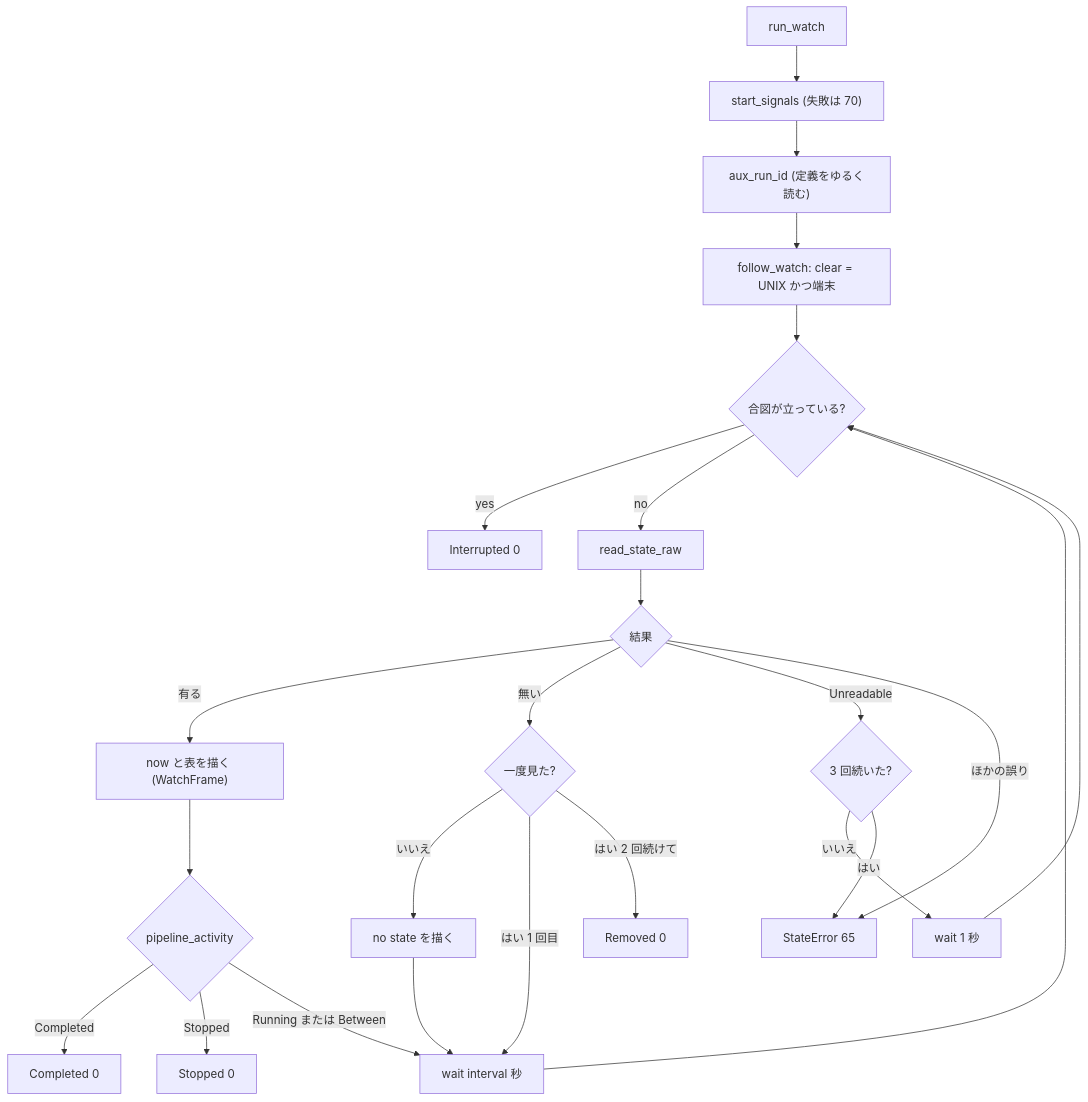
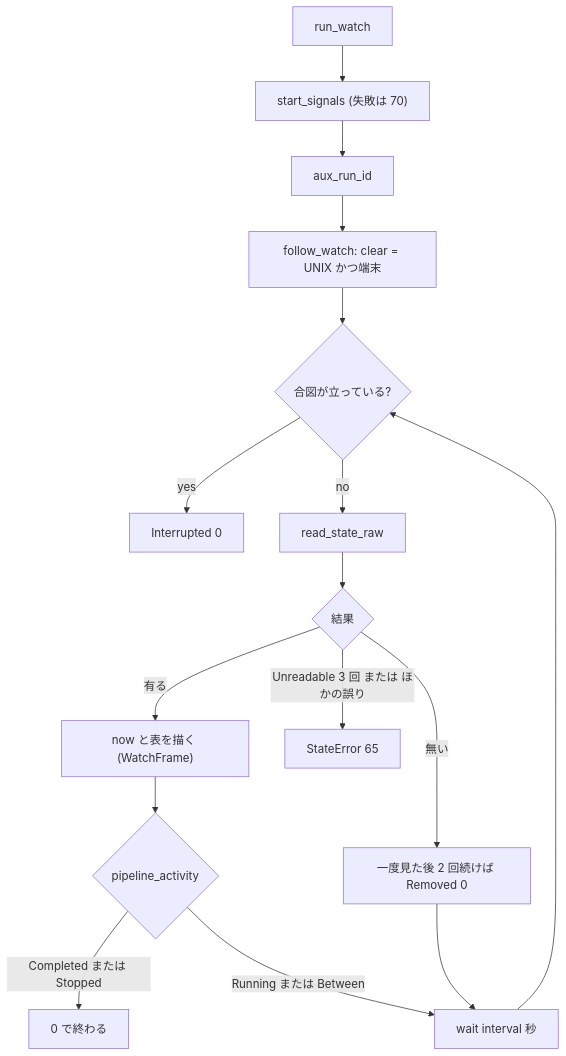
Before and after one commit to agwlvssainokuni/rust-job-conductor: the sixth of 7 diagrams in aidlc/spaces/default/codekb/rust-job-conductor/architecture.md, drawn with Mermaid. The commit also changed other lines of this file and 15 other files, not shown here.

````diff
--- a/aidlc/spaces/default/codekb/rust-job-conductor/architecture.md
+++ b/aidlc/spaces/default/codekb/rust-job-conductor/architecture.md
@@ -156,24 +202,18 @@
 ```mermaid
 flowchart TD
     a["run_watch"] --> b["start_signals (失敗は 70)"]
-    b --> c["aux_run_id (定義をゆるく読む)"]
+    b --> c["aux_run_id"]
     c --> d["follow_watch: clear = UNIX かつ端末"]
     d --> e{"合図が立っている?"}
     e -- yes --> z0["Interrupted 0"]
     e -- no --> f["read_state_raw"]
     f --> g{"結果"}
     g -- "有る" --> h["now と表を描く (WatchFrame)"]
     h --> i{"pipeline_activity"}
-    i -- "Completed" --> z1["Completed 0"]
-    i -- "Stopped" --> z2["Stopped 0"]
+    i -- "Completed または Stopped" --> z1["0 で終わる"]
     i -- "Running または Between" --> w["wait interval 秒"]
-    g -- "無い" --> j{"一度見た?"}
-    j -- "いいえ" --> k["no state を描く"] --> w
-    j -- "はい 1 回目" --> w
-    j -- "はい 2 回続けて" --> z3["Removed 0"]
-    g -- "Unreadable" --> l{"3 回続いた?"}
-    l -- "いいえ" --> w1["wait 1 秒"] --> e
-    l -- "はい" --> z4["StateError 65"]
-    g -- "ほかの誤り" --> z4
+    g -- "無い" --> j["一度見た後 2 回続けば Removed 0"]
+    j --> w
+    g -- "Unreadable 3 回 または ほかの誤り" --> z4["StateError 65"]
     w --> e
 ```
````
